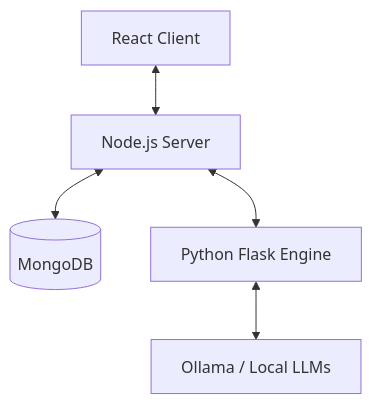
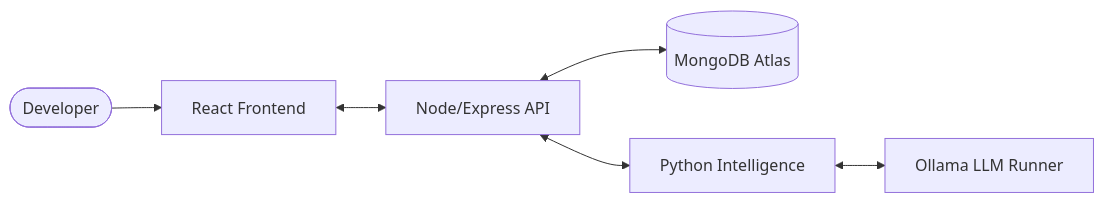
Before and after one commit to anshumangarg5410/JudgeAI-Benchmark: the diagram in readme.md, drawn with Mermaid. The commit also changed other lines of this file, not shown here.

````diff
--- a/readme.md
+++ b/readme.md
@@ -52,7 +52,8 @@
 ```mermaid
-graph TD
-    A[React Client] <--> B[Node.js Server]
-    B <--> C[(MongoDB)]
-    B <--> D[Python Flask Engine]
-    D <--> E[Ollama / Local LLMs]
+graph LR
+    User([Developer]) --> UI[React Frontend]
+    UI <--> Node[Node/Express API]
+    Node <--> DB[(MongoDB Atlas)]
+    Node <--> Py[Python Intelligence]
+    Py <--> Ollama[Ollama LLM Runner]
 ```
````
